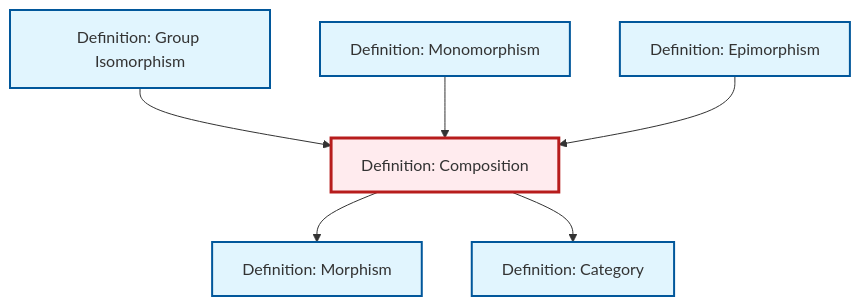
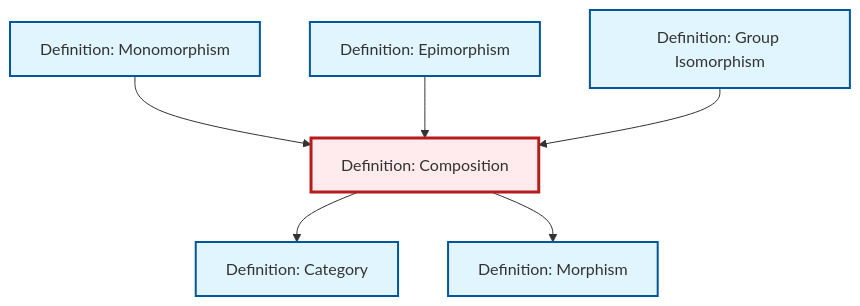
The diagram in content/en/category-theory/def-composition.qmd (RK0429/ModernMath), drawn with Mermaid before and after one commit. The commit also changed other lines of this file and 654 other files, not shown here.

````diff
--- a/content/en/category-theory/def-composition.qmd
+++ b/content/en/category-theory/def-composition.qmd
@@ -92,26 +92,26 @@
 ```{mermaid}
 %%| fig-cap: "Local dependency graph"
 graph TD
     classDef definition fill:#e1f5fe,stroke:#01579b,stroke-width:2px
     classDef theorem fill:#f3e5f5,stroke:#4a148c,stroke-width:2px
     classDef axiom fill:#fff3e0,stroke:#e65100,stroke-width:2px
     classDef example fill:#e8f5e9,stroke:#1b5e20,stroke-width:2px
     classDef current fill:#ffebee,stroke:#b71c1c,stroke-width:3px
+    def-isomorphism["Definition: Group Isomorphism"]:::definition
+    def-epimorphism["Definition: Epimorphism"]:::definition
     def-category["Definition: Category"]:::definition
+    def-morphism["Definition: Morphism"]:::definition
     def-composition["Definition: Composition"]:::definition
-    def-epimorphism["Definition: Epimorphism"]:::definition
     def-monomorphism["Definition: Monomorphism"]:::definition
-    def-isomorphism["Definition: Group Isomorphism"]:::definition
-    def-morphism["Definition: Morphism"]:::definition
+    def-composition --> def-category
+    def-monomorphism --> def-composition
+    def-epimorphism --> def-composition
+    def-composition --> def-morphism
     def-isomorphism --> def-composition
-    def-composition --> def-morphism
-    def-monomorphism --> def-composition
-    def-composition --> def-category
-    def-epimorphism --> def-composition
     class def-composition current
+    click def-isomorphism "def-isomorphism.html" "Go to Group Isomorphism definition"
+    click def-epimorphism "def-epimorphism.html" "Go to Epimorphism definition"
     click def-category "def-category.html" "Go to Category definition"
-    click def-epimorphism "def-epimorphism.html" "Go to Epimorphism definition"
+    click def-morphism "def-morphism.html" "Go to Morphism definition"
     click def-monomorphism "def-monomorphism.html" "Go to Monomorphism definition"
-    click def-isomorphism "def-isomorphism.html" "Go to Group Isomorphism definition"
-    click def-morphism "def-morphism.html" "Go to Morphism definition"
 ```
````
